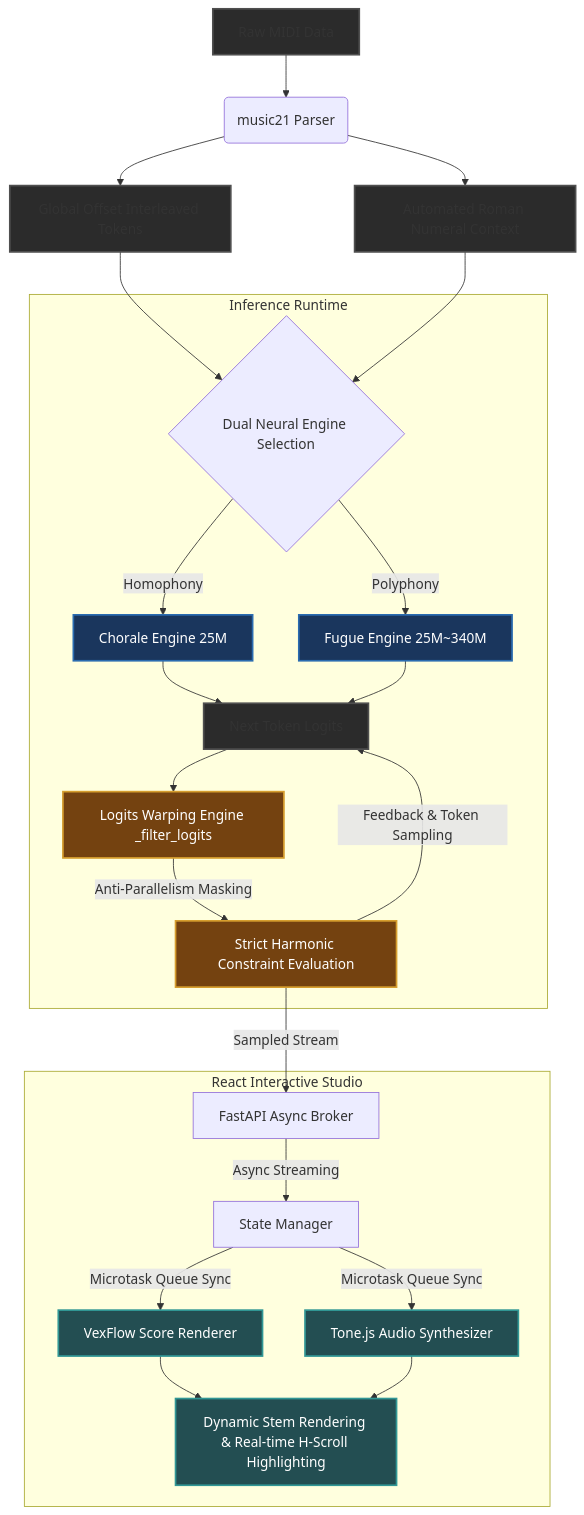
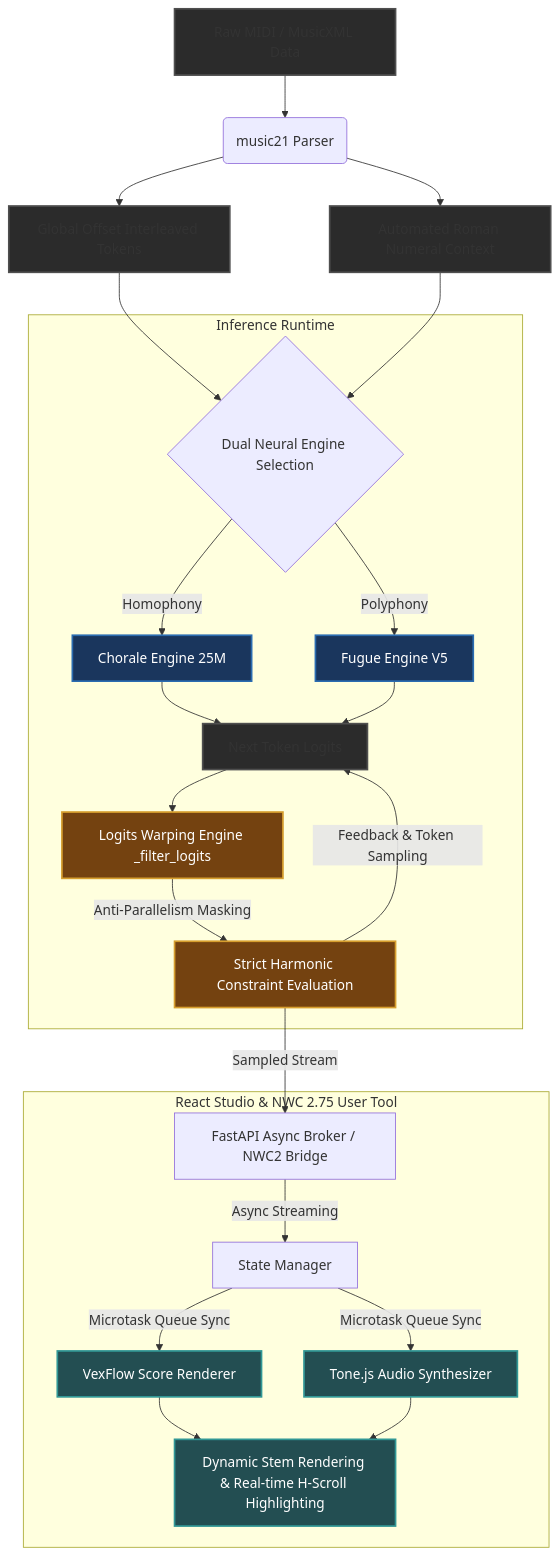
One commit to HyunchanAn/Like_Bach changed the diagram in README.md. Above: the diagram before and after it, drawn with Mermaid. The commit also changed other lines of this file and 33 other files, not shown here.

Commit message:
feat(nwc,engine,docs): add NWC 2.75 user tool, 4D cuDNN SDPA fix, HF Hub auto-recovery, and SG doc governance

````diff
--- a/README.md
+++ b/README.md
@@ -18,42 +19,42 @@
 ```mermaid
 graph TD
     %% 스타일 정의
     classDef data fill:#2b2b2b,stroke:#4f4f4f,stroke-width:2px;
     classDef engine fill:#1a365d,stroke:#2b6cb0,stroke-width:2px,color:#fff;
     classDef control fill:#744210,stroke:#d69e2e,stroke-width:2px,color:#fff;
     classDef ui fill:#234e52,stroke:#319795,stroke-width:2px,color:#fff;
 
     %% 1. 데이터 엔지니어링 파트
-    A[Raw MIDI Data] --> B(music21 Parser)
+    A[Raw MIDI / MusicXML Data] --> B(music21 Parser)
     B --> C[Global Offset Interleaved Tokens]
     B --> D[Automated Roman Numeral Context]
 
     %% 2. 추론 및 실시간 제어 파트 (Dual Engine & Logits Warping)
     C & D --> E{Dual Neural Engine Selection}
     
     subgraph Inference_Loop [Inference Runtime]
         E -->|Homophony| F[Chorale Engine 25M]
-        E -->|Polyphony| G[Fugue Engine 25M~340M]
+        E -->|Polyphony| G[Fugue Engine V5]
         
         F & G --> H[Next Token Logits]
         H --> I[Logits Warping Engine _filter_logits]
         I -->|Anti-Parallelism Masking| J[Strict Harmonic Constraint Evaluation]
         J -->|Feedback & Token Sampling| H
     end
 
-    %% 3. 비동기 브로커 및 프론트엔드 동기화
-    J -->|Sampled Stream| K[FastAPI Async Broker]
+    %% 3. 비동기 브로커 및 프론트엔드/NWC2 동기화
+    J -->|Sampled Stream| K[FastAPI Async Broker / NWC2 Bridge]
     
-    subgraph Frontend_Studio [React Interactive Studio]
+    subgraph Frontend_Studio [React Studio & NWC 2.75 User Tool]
         K -->|Async Streaming| L[State Manager]
         L -->|Microtask Queue Sync| M[VexFlow Score Renderer]
         L -->|Microtask Queue Sync| N[Tone.js Audio Synthesizer]
         M & N --> O[Dynamic Stem Rendering & Real-time H-Scroll Highlighting]
     end
 
     %% 클래스 지정
     class A,C,D,H data;
     class F,G engine;
     class I,J control;
     class M,N,O ui;
 ```
````
